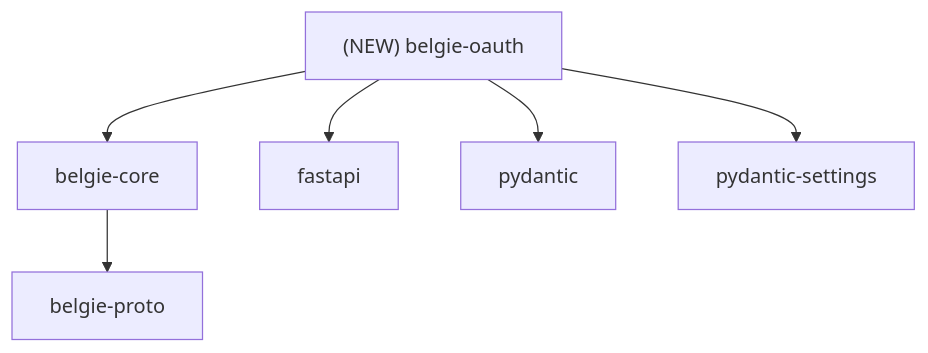
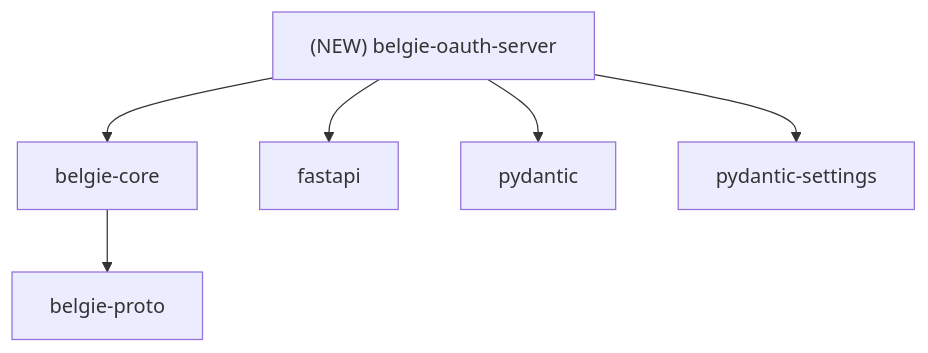
The fifth of 5 diagrams in design/010-belgie-oauth-auth-server.md (mplemay/belgie), drawn with Mermaid before and after one commit. The commit also changed other lines of this file and 35 other files, not shown here.

Commit message:
refactor: renamed the belgie-oauth to belgie-oauth-server

````diff
--- a/design/010-belgie-oauth-auth-server.md
+++ b/design/010-belgie-oauth-auth-server.md
@@ -203,15 +205,15 @@
 ```mermaid
 graph TD
     BelgieCore[belgie-core]
-    OAuthPkg["(NEW) belgie-oauth"]
+    OAuthPkg["(NEW) belgie-oauth-server"]
     ProtoPkg[belgie-proto]
     FastAPI[fastapi]
     Pydantic[pydantic]
     PydanticSettings[pydantic-settings]
     OAuthPkg --> BelgieCore
     OAuthPkg --> FastAPI
     OAuthPkg --> Pydantic
     OAuthPkg --> PydanticSettings
 
     BelgieCore --> ProtoPkg
 ```
````
